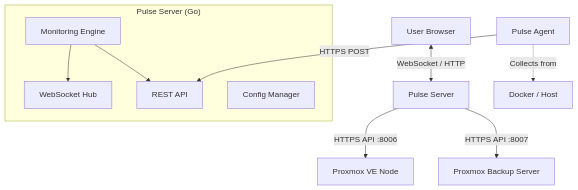
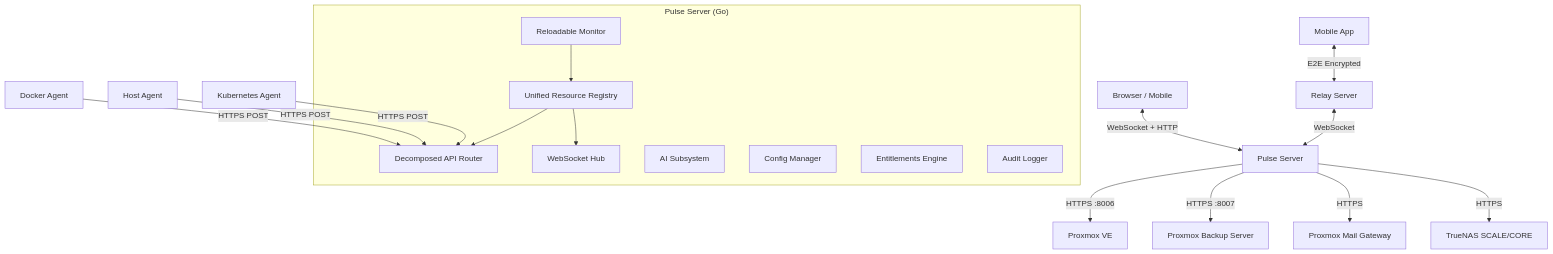
Before and after one commit to rcourtman/Pulse: the diagram in ARCHITECTURE.md, drawn with Mermaid. The commit also changed other lines of this file and 21 other files, not shown here.

First line of the commit message:
feat: surface PBS backup depth in recovery detail drawer

````diff
--- a/ARCHITECTURE.md
+++ b/ARCHITECTURE.md
@@ -9,19 +9,29 @@
 ```mermaid
 graph TD
-    User[User Browser] <-->|WebSocket / HTTP| Pulse[Pulse Server]
+    User[Browser / Mobile] <-->|WebSocket + HTTP| Pulse[Pulse Server]
+    Mobile[Mobile App] <-->|E2E Encrypted| Relay[Relay Server]
+    Relay <-->|WebSocket| Pulse
 
     subgraph "Pulse Server (Go)"
-        API[REST API]
+        API[Decomposed API Router]
         WS[WebSocket Hub]
-        Monitor[Monitoring Engine]
+        Monitor[Reloadable Monitor]
+        UR[Unified Resource Registry]
+        AI[AI Subsystem]
         Config[Config Manager]
+        License[Entitlements Engine]
+        Audit[Audit Logger]
     end
 
-    Pulse -->|HTTPS API :8006| PVE[Proxmox VE Node]
-    Pulse -->|HTTPS API :8007| PBS[Proxmox Backup Server]
-    Agent[Pulse Agent] -->|HTTPS POST| API
-    Agent -.->|Collects from| DockerHost[Docker / Host]
+    Pulse -->|HTTPS :8006| PVE[Proxmox VE]
+    Pulse -->|HTTPS :8007| PBS[Proxmox Backup Server]
+    Pulse -->|HTTPS| PMG[Proxmox Mail Gateway]
+    Pulse -->|HTTPS| TrueNAS[TrueNAS SCALE/CORE]
+    DockerAgent[Docker Agent] -->|HTTPS POST| API
+    HostAgent[Host Agent] -->|HTTPS POST| API
+    K8sAgent[Kubernetes Agent] -->|HTTPS POST| API
 
-    Monitor --> WS
-    Monitor --> API
+    Monitor --> UR
+    UR --> WS
+    UR --> API
 ```
````
